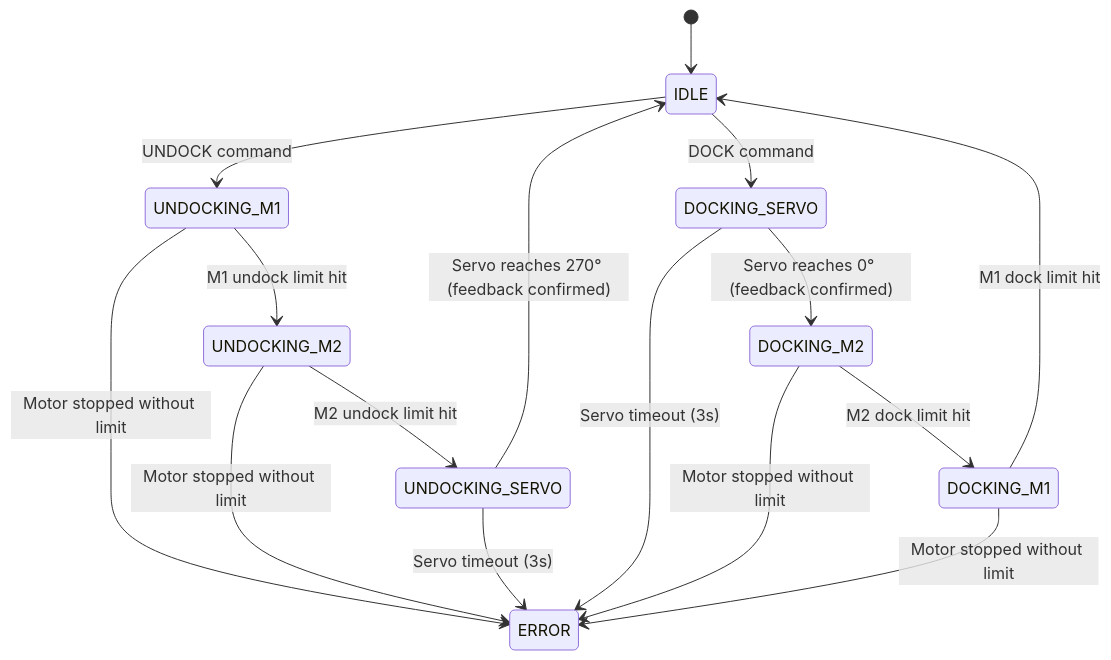
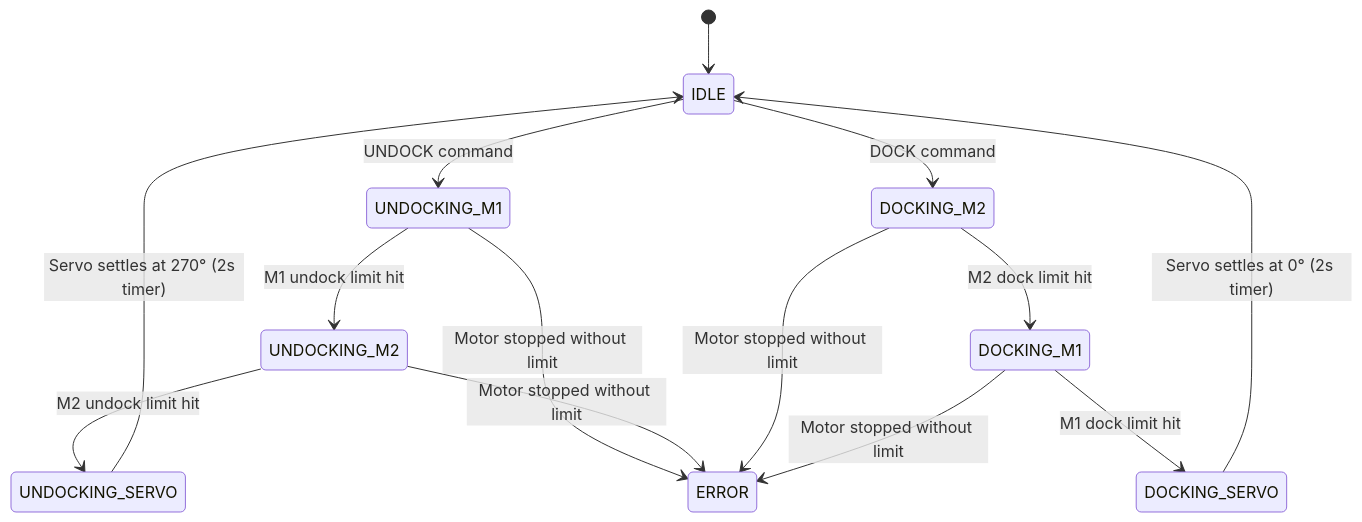
Before and after one commit to onlinecodewithme/drone_dock_locking_system: the diagram in README.md, drawn with Mermaid. The commit also changed other lines of this file and 2 other files, not shown here.

````diff
--- a/README.md
+++ b/README.md
@@ -173,21 +173,19 @@
 ```mermaid
 stateDiagram-v2
     [*] --> IDLE
 
     IDLE --> UNDOCKING_M1 : UNDOCK command
     UNDOCKING_M1 --> UNDOCKING_M2 : M1 undock limit hit
     UNDOCKING_M2 --> UNDOCKING_SERVO : M2 undock limit hit
-    UNDOCKING_SERVO --> IDLE : Servo reaches 270° (feedback confirmed)
+    UNDOCKING_SERVO --> IDLE : Servo settles at 270° (2s timer)
 
-    IDLE --> DOCKING_SERVO : DOCK command
-    DOCKING_SERVO --> DOCKING_M2 : Servo reaches 0° (feedback confirmed)
+    IDLE --> DOCKING_M2 : DOCK command
     DOCKING_M2 --> DOCKING_M1 : M2 dock limit hit
-    DOCKING_M1 --> IDLE : M1 dock limit hit
+    DOCKING_M1 --> DOCKING_SERVO : M1 dock limit hit
+    DOCKING_SERVO --> IDLE : Servo settles at 0° (2s timer)
 
     UNDOCKING_M1 --> ERROR : Motor stopped without limit
     UNDOCKING_M2 --> ERROR : Motor stopped without limit
-    UNDOCKING_SERVO --> ERROR : Servo timeout (3s)
-    DOCKING_SERVO --> ERROR : Servo timeout (3s)
     DOCKING_M2 --> ERROR : Motor stopped without limit
     DOCKING_M1 --> ERROR : Motor stopped without limit
 ```
````
